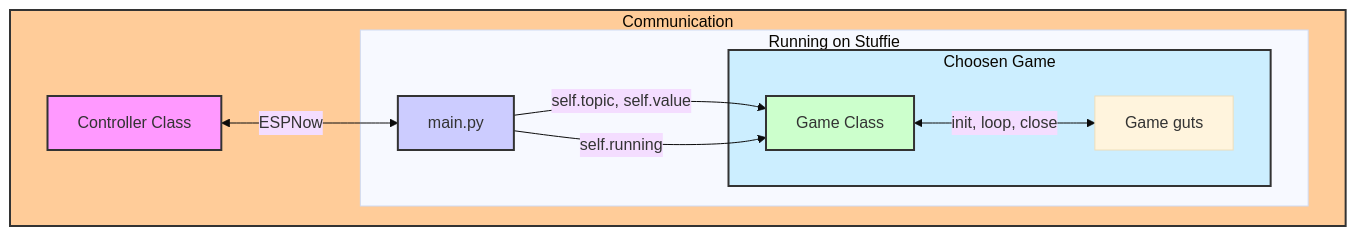
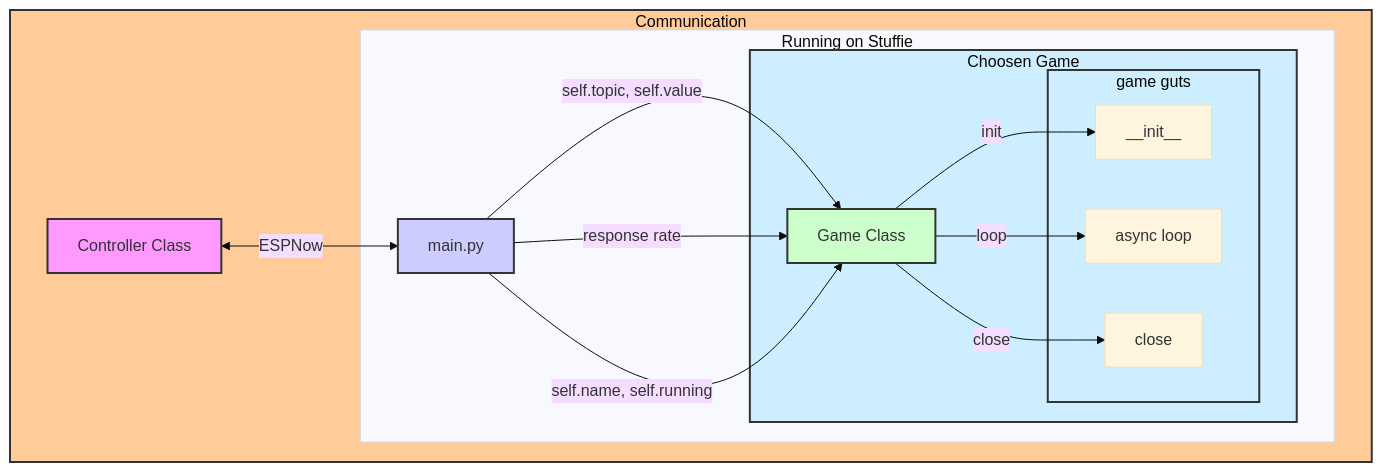
Before and after one commit to chrisbuerginrogers/plushies: the diagram in README.md, drawn with Mermaid (base theme). The commit also changed other lines of this file, not shown here.

Commit message:
Revise README with communication diagram and ESP topics
Updated the communication diagram and added details about ESP topics.

````diff
--- a/README.md
+++ b/README.md
@@ -32,18 +32,27 @@
 ```mermaid
 graph TD;
 subgraph outer_box[Communication]
         A[Controller Class] <--ESPNow--> B[main.py]
         subgraph mid_box[Running on Stuffie]
             B[main.py] --self.topic, self.value-->C[Game Class]
-            B[main.py] --self.running-->C[Game Class]
+            B[main.py] --response rate-->C[Game Class]
+            B[main.py] --self.name, self.running-->C[Game Class]
             subgraph inner_box[Choosen Game]
-                C[Game Class] <--init, loop, close--> D[Game guts]
+                C[Game Class] --init--> D[__init__]
+                C[Game Class] --loop--> E[async loop]
+                C[Game Class] --close--> F[close]
+                subgraph guts[game guts]
+                    D[__init__]
+                    E[async loop]
+                    F[close]
+                end
             end
         end
     end
 style outer_box fill:#ffcc99,stroke:#333,stroke-width:2px
 style inner_box fill:#cceeff,stroke:#333,stroke-width:2px
+style guts fill:#cceeff,stroke:#333,stroke-width:2px
 style A fill:#f9f,stroke:#333,stroke-width:2px
 style B fill:#ccf,stroke:#333,stroke-width:2px
 style C fill:#cfc,stroke:#333,stroke-width:2px
 ```
````
